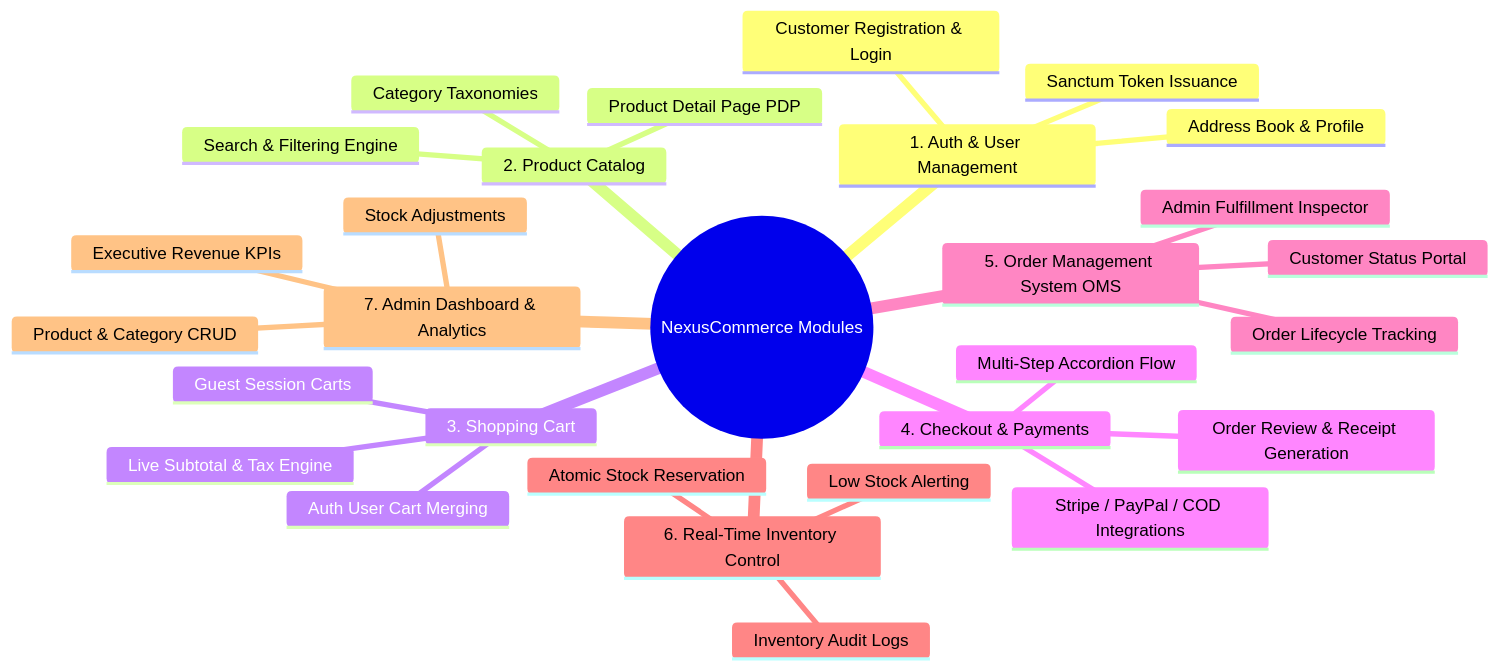
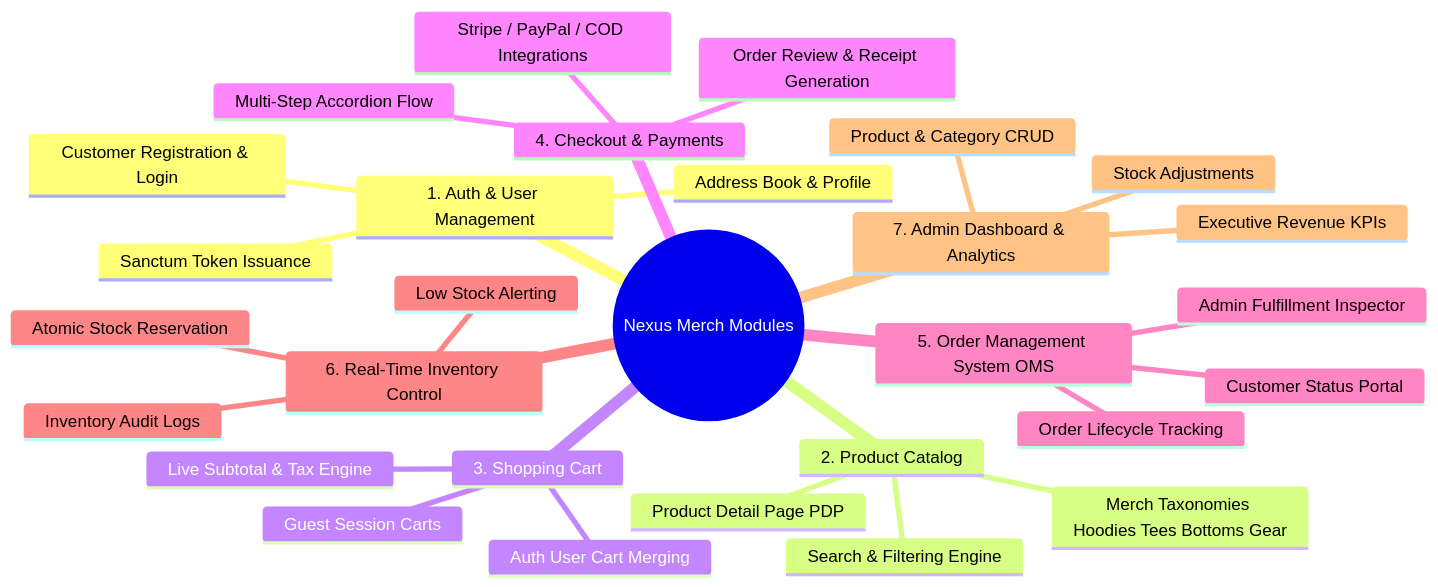
The first of 2 diagrams in PROJECT.md (Nishieeee/e-commerce-sample), drawn with Mermaid before and after one commit. The commit also changed other lines of this file and 54 other files, not shown here.

````diff
--- a/PROJECT.md
+++ b/PROJECT.md
@@ -54,32 +55,32 @@
 ```mermaid
 mindmap
-  root((NexusCommerce Modules))
+  root((Nexus Merch Modules))
     1. Auth & User Management
       Customer Registration & Login
       Sanctum Token Issuance
       Address Book & Profile
     2. Product Catalog
-      Category Taxonomies
+      Merch Taxonomies Hoodies Tees Bottoms Gear
       Search & Filtering Engine
       Product Detail Page PDP
     3. Shopping Cart
       Guest Session Carts
       Auth User Cart Merging
       Live Subtotal & Tax Engine
     4. Checkout & Payments
       Multi-Step Accordion Flow
       Stripe / PayPal / COD Integrations
       Order Review & Receipt Generation
     5. Order Management System OMS
       Order Lifecycle Tracking
       Customer Status Portal
       Admin Fulfillment Inspector
     6. Real-Time Inventory Control
       Atomic Stock Reservation
       Low Stock Alerting
       Inventory Audit Logs
     7. Admin Dashboard & Analytics
       Executive Revenue KPIs
       Product & Category CRUD
       Stock Adjustments
 ```
````
